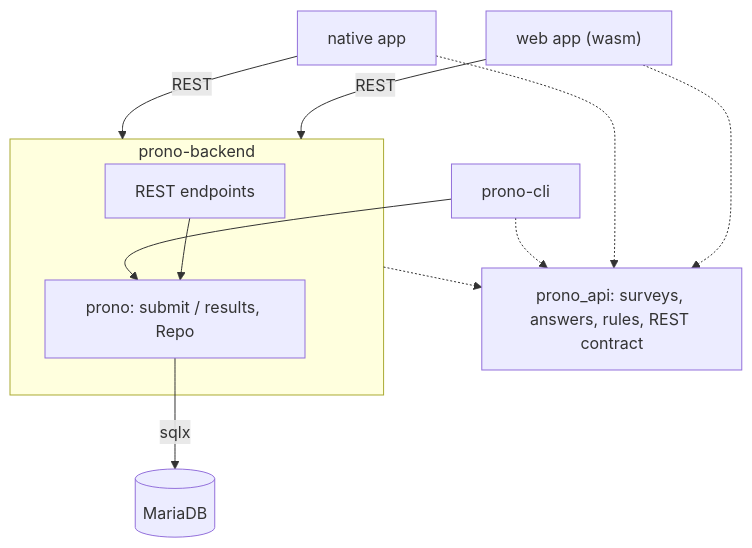
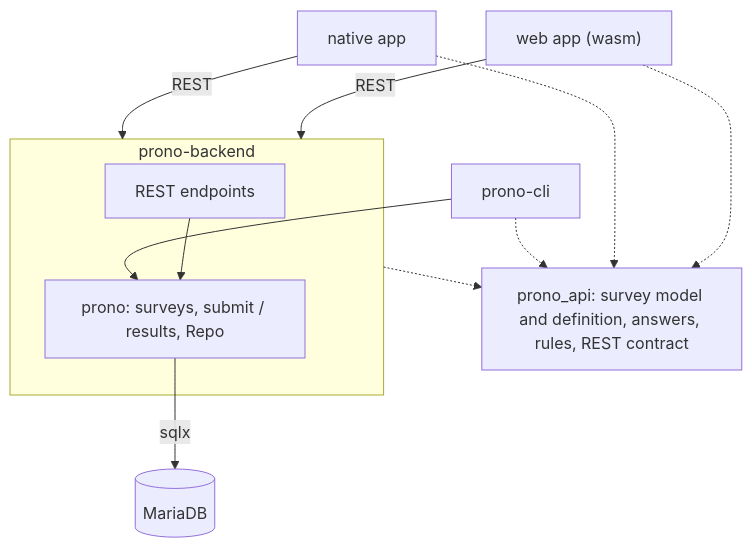
Before and after one commit to jaques-sam/prono: the diagram in README.md, drawn with Mermaid. The commit also changed other lines of this file and 35 other files, not shown here.

````diff
--- a/README.md
+++ b/README.md
@@ -24,12 +24,12 @@
 ```mermaid
 flowchart TB
     web["web app (wasm)"] -- REST --> backend
     native["native app"] -- REST --> backend
     subgraph backend [prono-backend]
-        rest["REST endpoints"] --> core["prono: submit / results, Repo"]
+        rest["REST endpoints"] --> core["prono: surveys, submit / results, Repo"]
     end
     cli["prono-cli"] --> core
     core -- sqlx --> db[(MariaDB)]
-    api["prono_api: surveys, answers, rules, REST contract"]
+    api["prono_api: survey model and definition, answers, rules, REST contract"]
     web & native & backend & cli -.-> api
 ```
````
